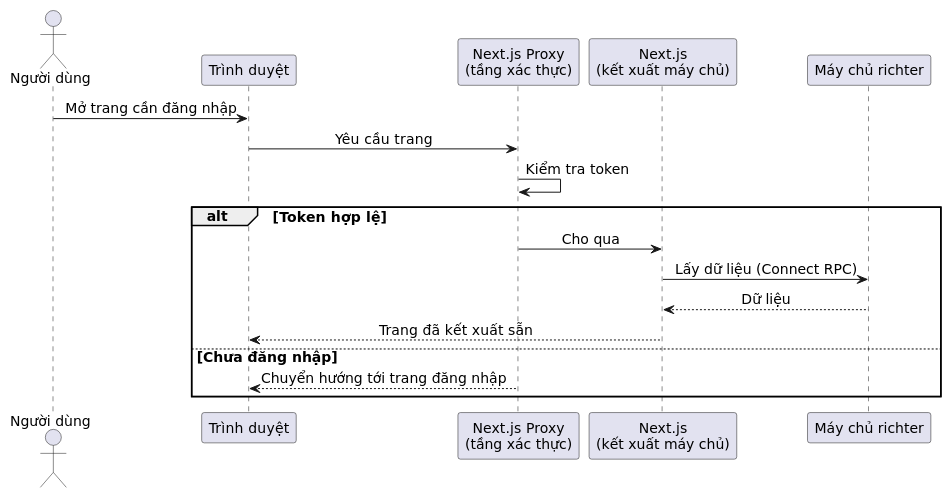
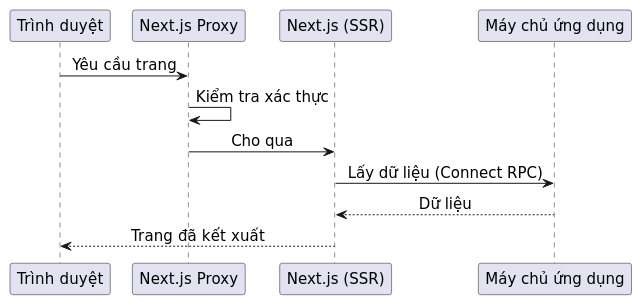
The diagram in tex/main/Hinhve/chuong_3/nextjs.puml (tuyennguyentech/bachelor-thesis), drawn with PlantUML before and after one commit. The commit also changed 66 other files, not shown here.

```diff
--- a/tex/main/Hinhve/chuong_3/nextjs.puml
+++ b/tex/main/Hinhve/chuong_3/nextjs.puml
@@ -1,24 +1,18 @@
 @startuml nextjs
 skinparam defaultFontName "DejaVu Sans"
-skinparam defaultFontSize 14
+skinparam defaultFontSize 15
 skinparam shadowing false
 skinparam sequenceMessageAlign center
 
-actor "Người dùng" as U
 participant "Trình duyệt" as B
-participant "Next.js Proxy\n(tầng xác thực)" as P
-participant "Next.js\n(kết xuất máy chủ)" as N
-participant "Máy chủ richter" as R
+participant "Next.js Proxy" as P
+participant "Next.js (SSR)" as N
+participant "Máy chủ ứng dụng" as R
 
-U -> B : Mở trang cần đăng nhập
 B -> P : Yêu cầu trang
-P -> P : Kiểm tra token
-alt Token hợp lệ
-  P -> N : Cho qua
-  N -> R : Lấy dữ liệu (Connect RPC)
-  R --> N : Dữ liệu
-  N --> B : Trang đã kết xuất sẵn
-else Chưa đăng nhập
-  P --> B : Chuyển hướng tới trang đăng nhập
-end
+P -> P : Kiểm tra xác thực
+P -> N : Cho qua
+N -> R : Lấy dữ liệu (Connect RPC)
+R --> N : Dữ liệu
+N --> B : Trang đã kết xuất
 @enduml
```
